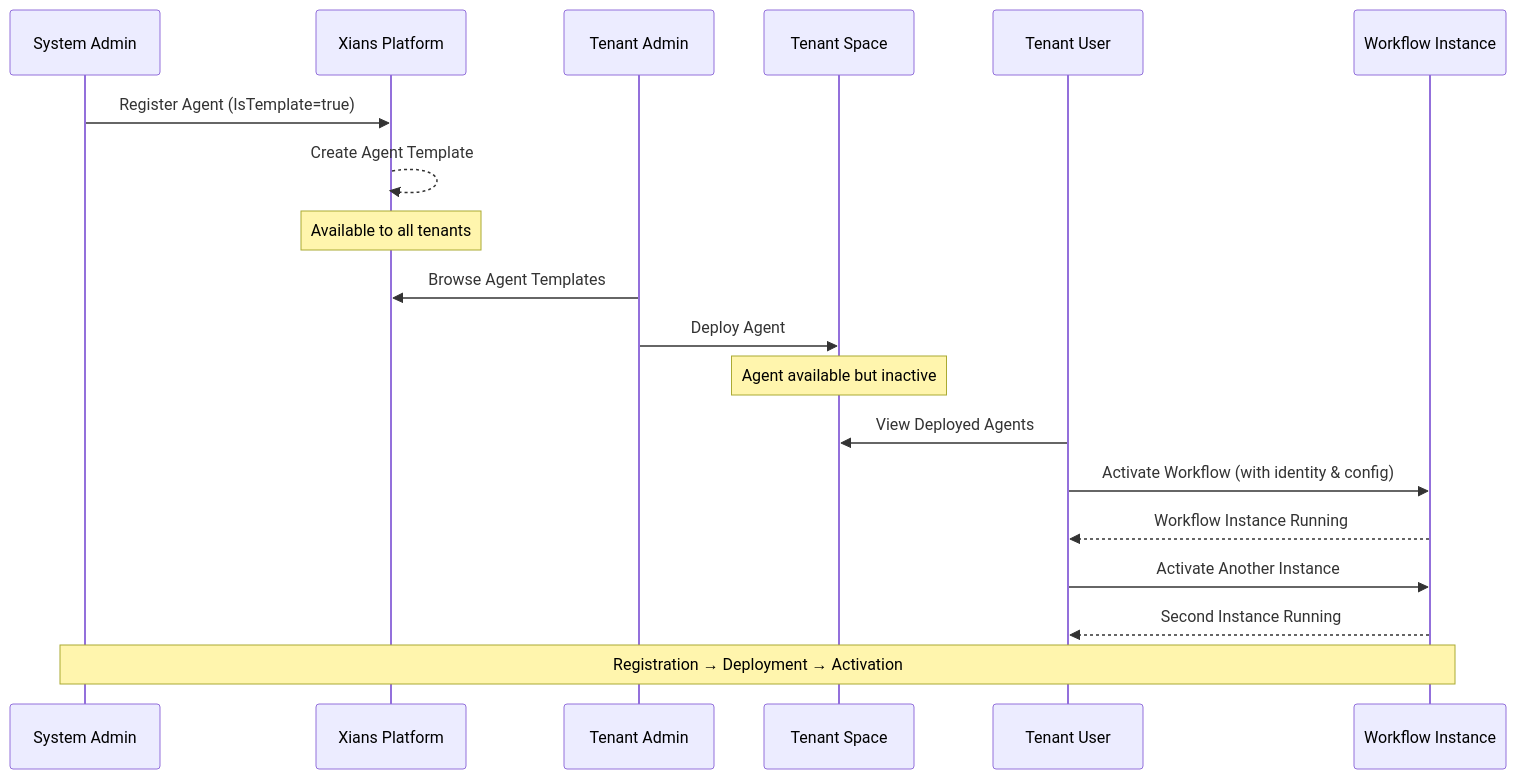
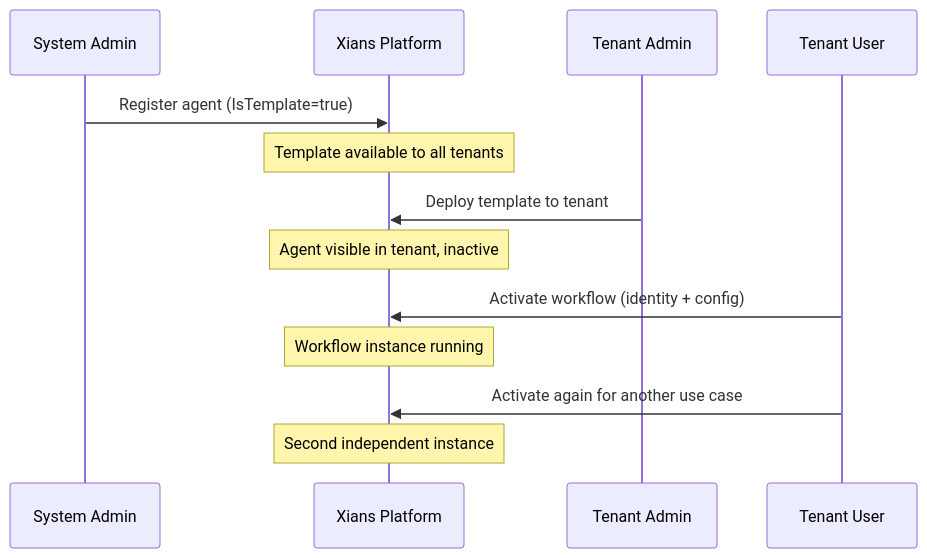
Before and after one commit to XiansAiPlatform/XiansAi.Docs: the diagram in docs/concepts/multitenancy.md, drawn with Mermaid. The commit also changed other lines of this file and 19 other files, not shown here.

````diff
--- a/docs/concepts/multitenancy.md
+++ b/docs/concepts/multitenancy.md
@@ -9,25 +17,16 @@
 ```mermaid
 sequenceDiagram
     participant SA as System Admin
-    participant System as Xians Platform
+    participant P as Xians Platform
     participant TA as Tenant Admin
-    participant Tenant as Tenant Space
-    participant User as Tenant User
-    participant WF as Workflow Instance
+    participant U as Tenant User
 
-    SA->>System: Register Agent (IsTemplate=true)
-    System-->>System: Create Agent Template
-    Note over System: Available to all tenants
-    
-    TA->>System: Browse Agent Templates
-    TA->>Tenant: Deploy Agent
-    Note over Tenant: Agent available but inactive
-    
-    User->>Tenant: View Deployed Agents
-    User->>WF: Activate Workflow (with identity & config)
-    WF-->>User: Workflow Instance Running
-    User->>WF: Activate Another Instance
-    WF-->>User: Second Instance Running
-    
-    Note over SA,WF: Registration → Deployment → Activation
+    SA->>P: Register agent (IsTemplate=true)
+    Note over P: Template available to all tenants
+    TA->>P: Deploy template to tenant
+    Note over P: Agent visible in tenant, inactive
+    U->>P: Activate workflow (identity + config)
+    Note over P: Workflow instance running
+    U->>P: Activate again for another use case
+    Note over P: Second independent instance
 ```
````
